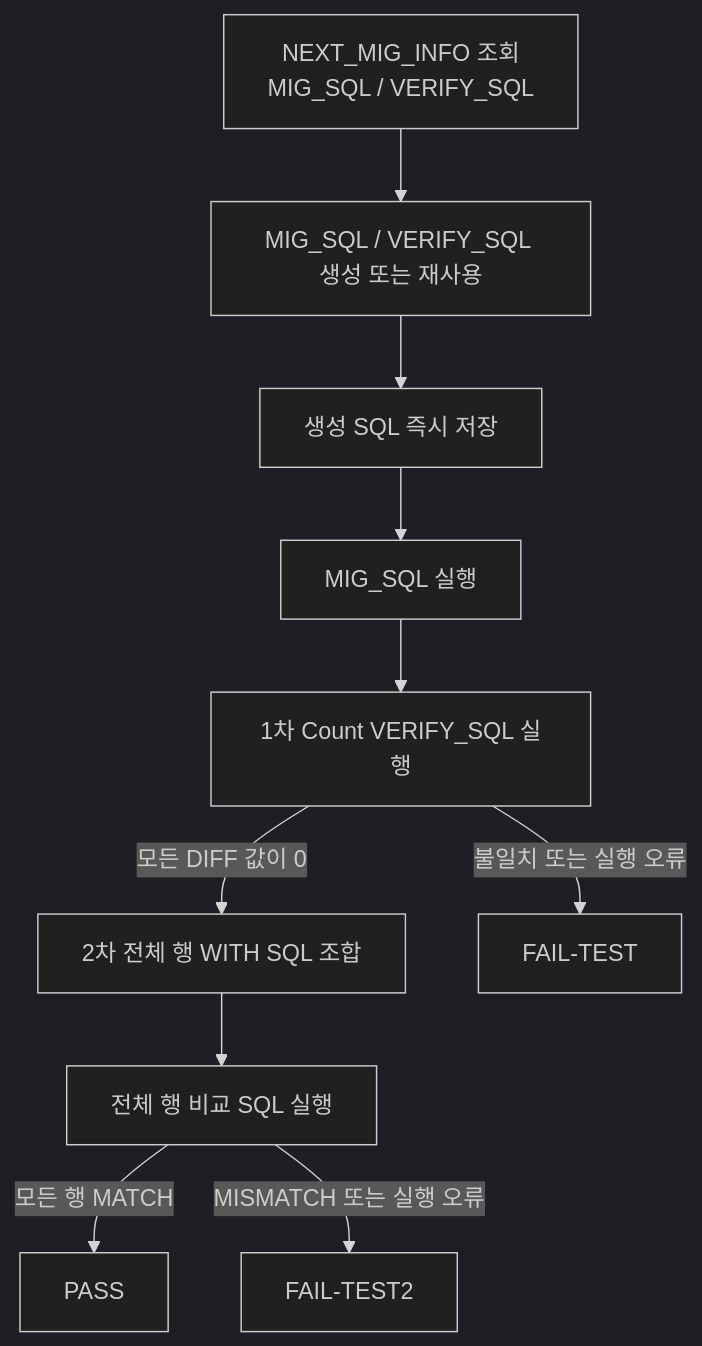
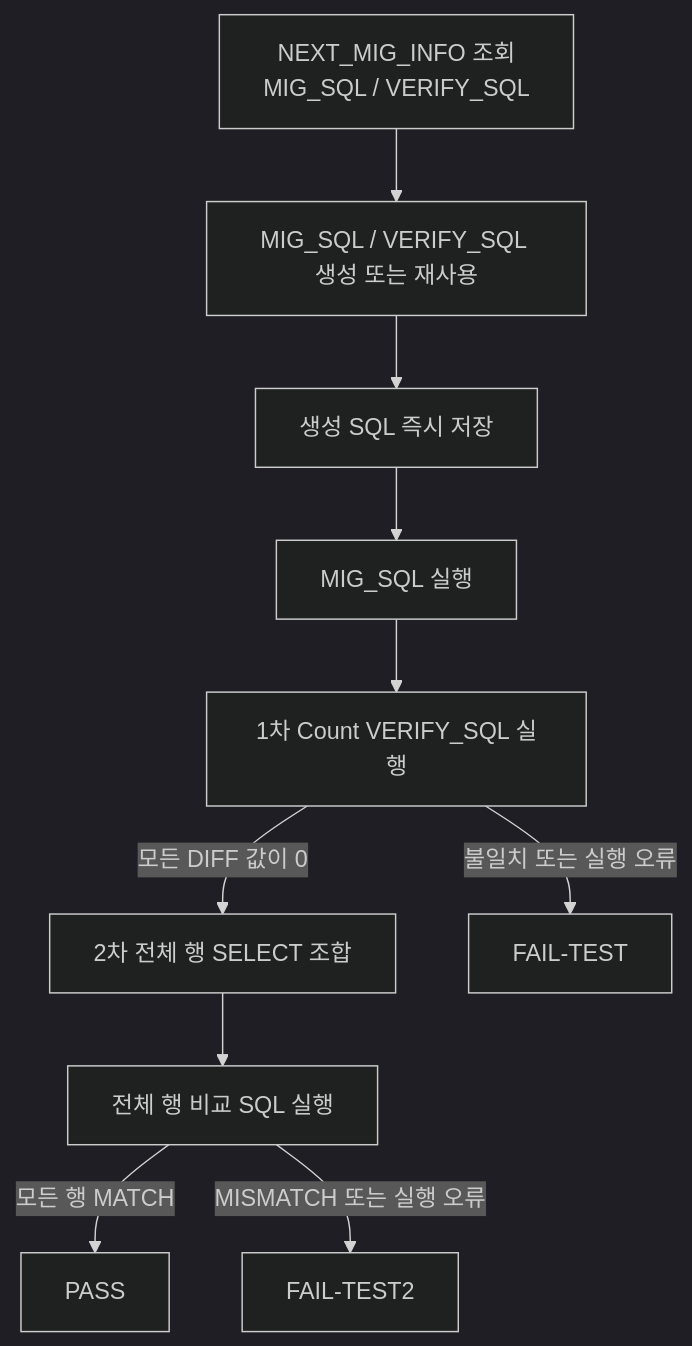
One commit to seongikjin227-jpg/refactoring_smartMigrate changed the first of 2 diagrams in smartMigrate_2.0_Langflow/00_guide/00_executor2_full_row_verify_guide.md. Above: the diagram before and after it, drawn with Mermaid (dark theme). The commit also changed other lines of this file and 2 other files, not shown here.

````diff
--- a/smartMigrate_2.0_Langflow/00_guide/00_executor2_full_row_verify_guide.md
+++ b/smartMigrate_2.0_Langflow/00_guide/00_executor2_full_row_verify_guide.md
@@ -7,12 +7,12 @@
 ```mermaid
 flowchart TD
     A[NEXT_MIG_INFO 조회<br/>MIG_SQL / VERIFY_SQL] --> B[MIG_SQL / VERIFY_SQL 생성 또는 재사용]
     B --> C[생성 SQL 즉시 저장]
     C --> D[MIG_SQL 실행]
     D --> E[1차 Count VERIFY_SQL 실행]
-    E -->|모든 DIFF 값이 0| F[2차 전체 행 WITH SQL 조합]
+    E -->|모든 DIFF 값이 0| F[2차 전체 행 SELECT 조합]
     E -->|불일치 또는 실행 오류| G[FAIL-TEST]
     F --> H[전체 행 비교 SQL 실행]
     H -->|모든 행 MATCH| I[PASS]
     H -->|MISMATCH 또는 실행 오류| J[FAIL-TEST2]
 ```
````
